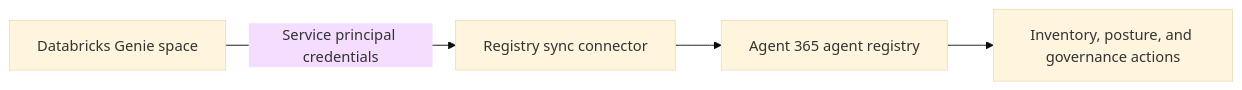
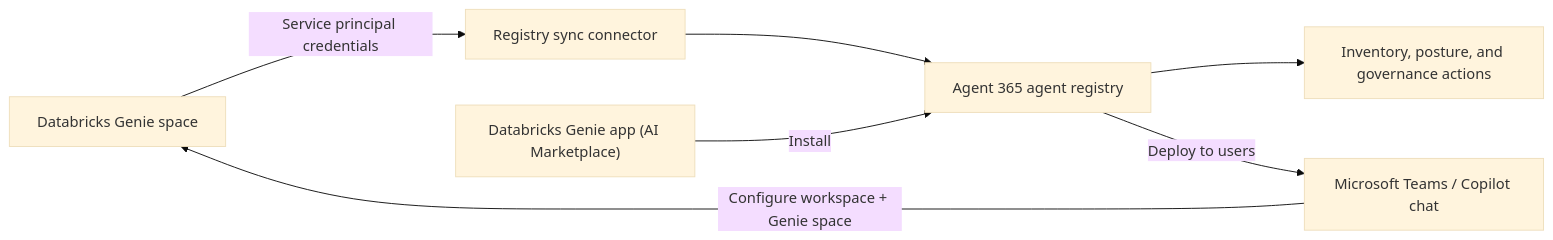
Before and after one commit to mpram/Agent-365-Pilot: the diagram in Chapter 10 Databricks Genie/Onboarding-Databricks-Genie.md, drawn with Mermaid (base theme). The commit also changed other lines of this file, not shown here.

Commit message:
Onboarding-Databricks-Genie.md, adding

````diff
--- a/Chapter 10 Databricks Genie/Onboarding-Databricks-Genie.md
+++ b/Chapter 10 Databricks Genie/Onboarding-Databricks-Genie.md
@@ -28,6 +29,9 @@
 ```mermaid
 flowchart LR
   G["Databricks Genie space"] -->|Service principal credentials| RS["Registry sync connector"]
   RS --> AR["Agent 365 agent registry"]
   AR --> GOV["Inventory, posture, and governance actions"]
+  MP["Databricks Genie app (AI Marketplace)"] -->|Install| AR
+  AR -->|Deploy to users| T["Microsoft Teams / Copilot chat"]
+  T -->|Configure workspace + Genie space| G
 ```
````
